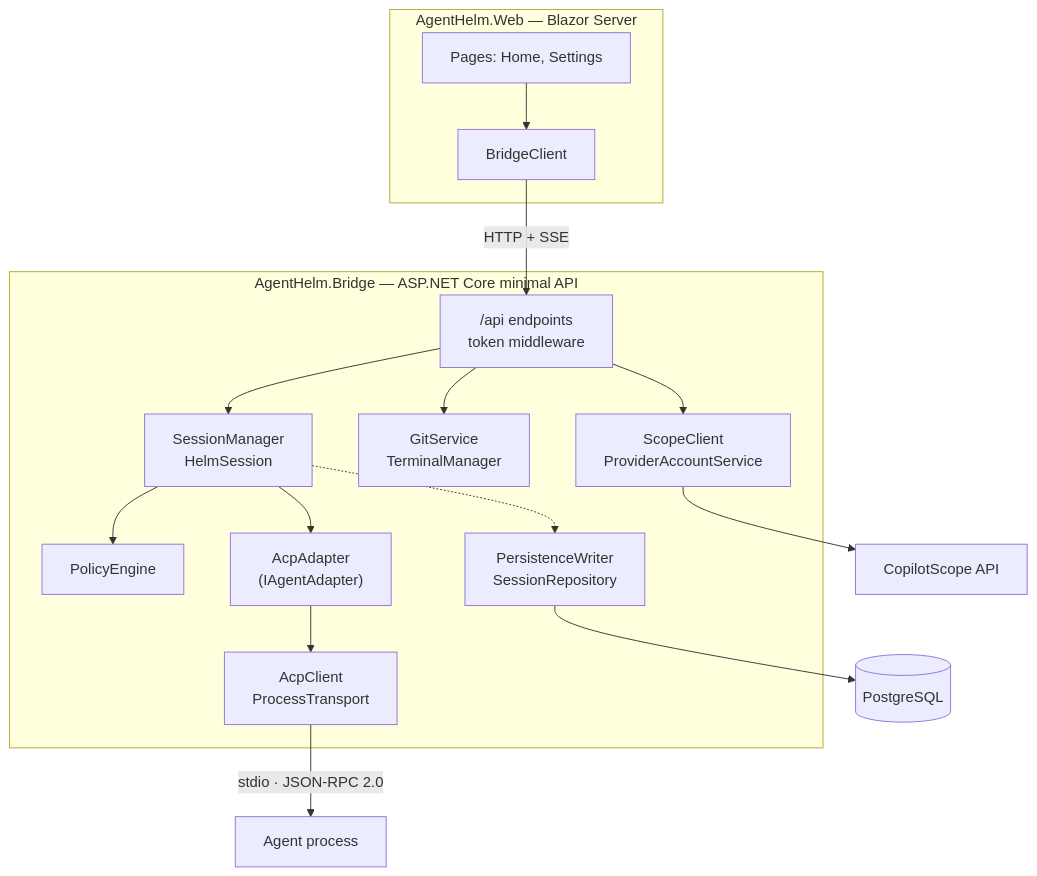
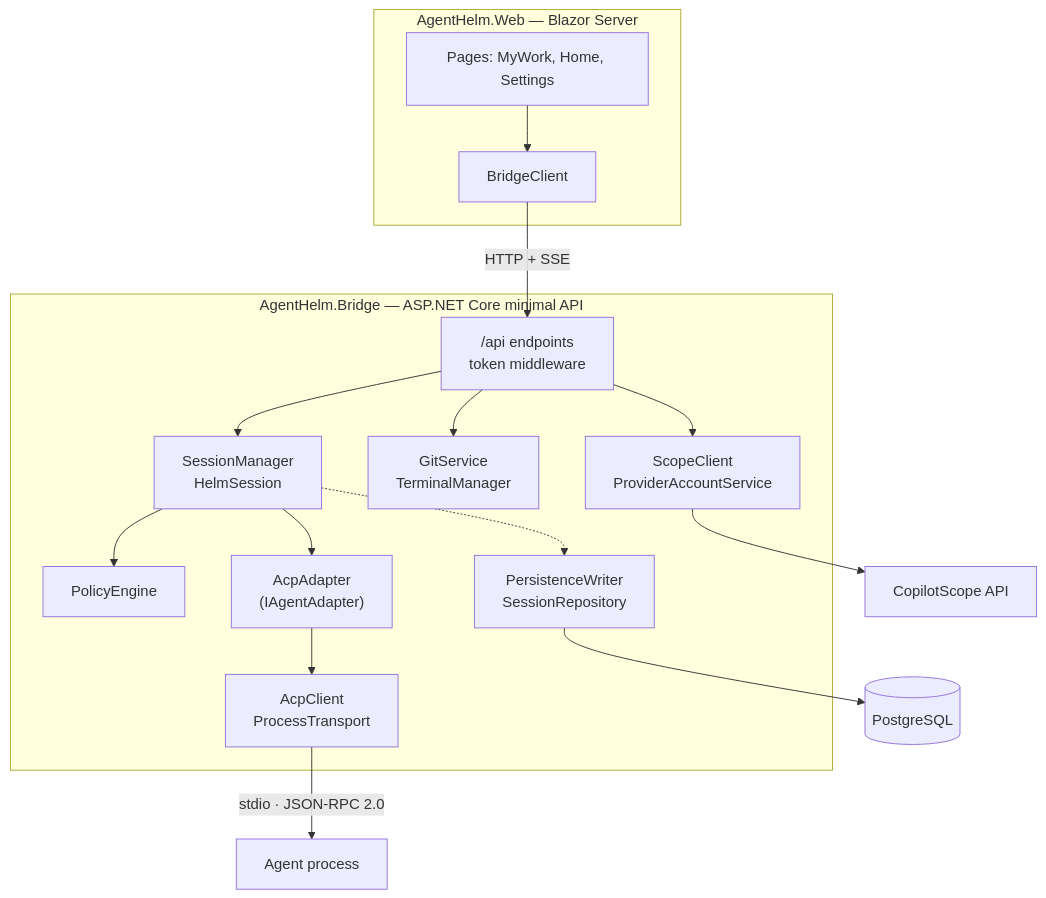
The first of 2 diagrams in wiki/Architecture.md (konradcinkusz/agent-helm), drawn with Mermaid before and after one commit. The commit also changed 10 other files, not shown here.

````diff
--- a/wiki/Architecture.md
+++ b/wiki/Architecture.md
@@ -3,26 +3,26 @@
 ```mermaid
 flowchart TB
     subgraph Web["AgentHelm.Web — Blazor Server"]
-        UI["Pages: Home, Settings"] --> BC["BridgeClient"]
+        UI["Pages: MyWork, Home, Settings"] --> BC["BridgeClient"]
     end
     subgraph Bridge["AgentHelm.Bridge — ASP.NET Core minimal API"]
         API["/api endpoints<br/>token middleware"]
         SM["SessionManager<br/>HelmSession"]
         PE["PolicyEngine"]
         AD["AcpAdapter<br/>(IAgentAdapter)"]
         AC["AcpClient<br/>ProcessTransport"]
         WB["GitService<br/>TerminalManager"]
         IN["ScopeClient<br/>ProviderAccountService"]
         PW["PersistenceWriter<br/>SessionRepository"]
         API --> SM
         API --> WB
         API --> IN
         SM --> PE
         SM --> AD --> AC
         SM -.-> PW
     end
     BC -- "HTTP + SSE" --> API
     AC -- "stdio · JSON-RPC 2.0" --> AG["Agent process"]
     PW --> PG[("PostgreSQL")]
     IN --> CS["CopilotScope API"]
 ```
````
